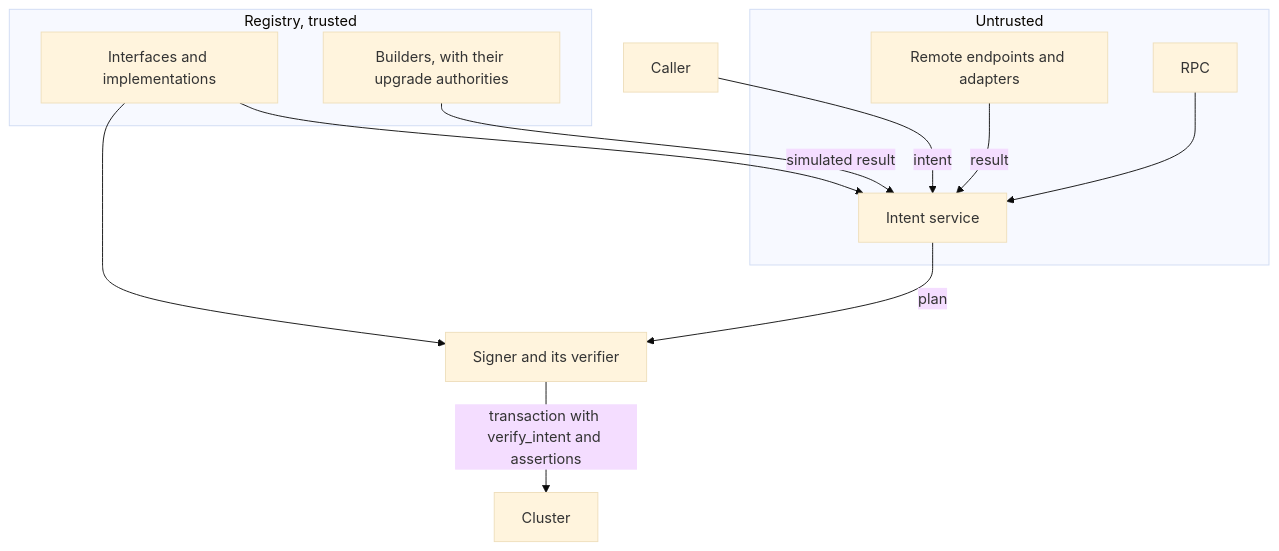
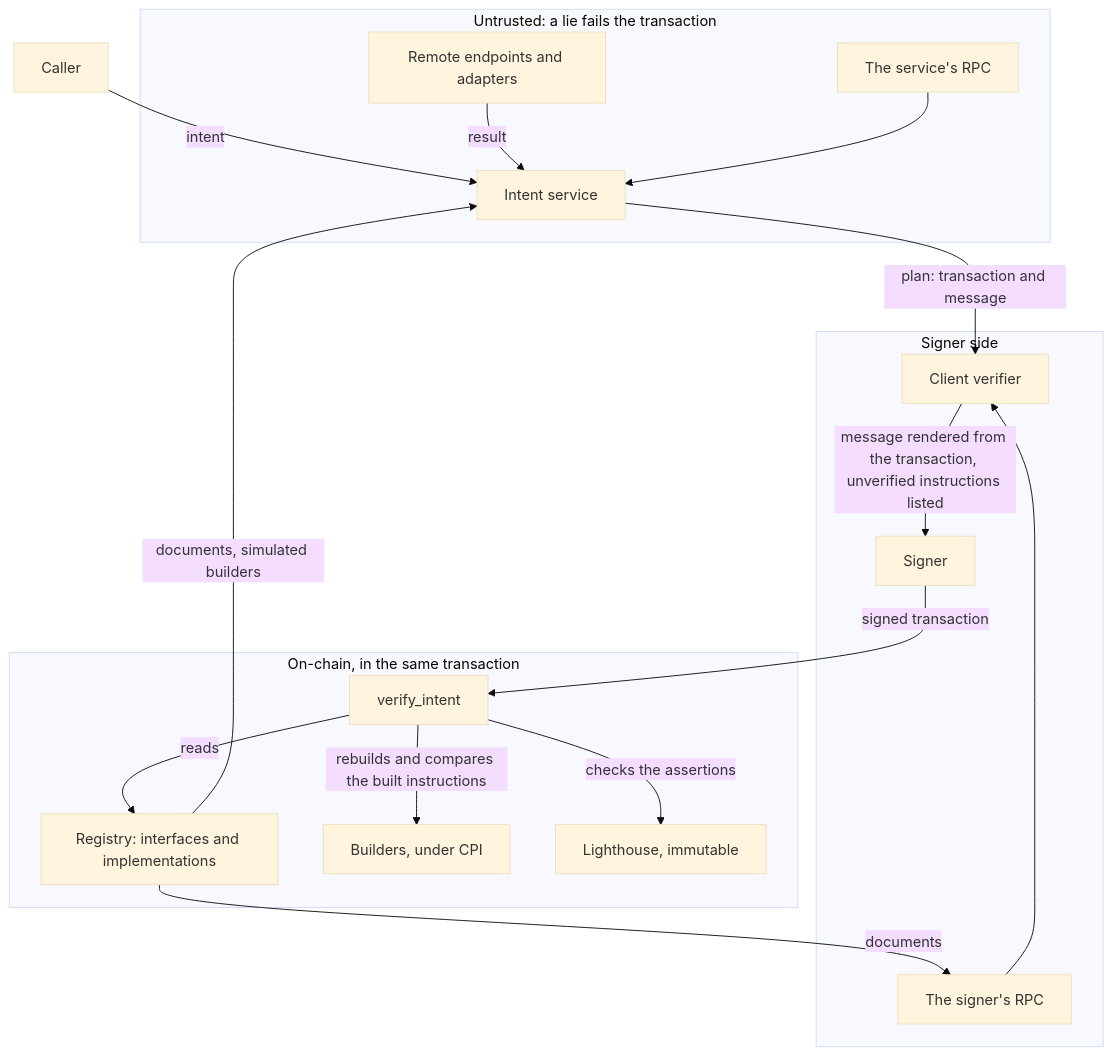
One commit to solana-foundation/solana-developer-platform changed the diagram in packages/sdp-intents/DESIGN.md. Above: the diagram before and after it, drawn with Mermaid (base theme). The commit also changed other lines of this file, not shown here.

Commit message:
docs(intents): show the client verifier in the trust diagram
The client verifier reads the registry over the signer's own RPC and
renders the message from the transaction, so the plan is never
trusted. The diagram now shows that check beside the on-chain one, and
the dependency table lists the signer's RPC.

````diff
--- a/packages/sdp-intents/DESIGN.md
+++ b/packages/sdp-intents/DESIGN.md
@@ -887,20 +887,31 @@
 ```mermaid
 flowchart TB
-  subgraph Trusted["Registry, trusted"]
-    DOC[Interfaces and implementations]
-    BLD[Builders, with their upgrade authorities]
-  end
-  subgraph Untrusted
+  subgraph Untrusted["Untrusted: a lie fails the transaction"]
     SVC[Intent service]
     REM[Remote endpoints and adapters]
-    RPC[RPC]
+    SRPC[The service's RPC]
+  end
+  subgraph Signer["Signer side"]
+    VER[Client verifier]
+    SIGN[Signer]
+    VRPC[The signer's RPC]
+  end
+  subgraph Chain["On-chain, in the same transaction"]
+    REG[Registry: interfaces and implementations]
+    VI[verify_intent]
+    BLD[Builders, under CPI]
+    LH[Lighthouse, immutable]
   end
   CALLER[Caller] -->|intent| SVC
-  DOC --> SVC
-  BLD -->|simulated result| SVC
   REM -->|result| SVC
-  RPC --> SVC
-  SVC -->|plan| SIGNER[Signer and its verifier]
-  DOC --> SIGNER
-  SIGNER -->|transaction with verify_intent and assertions| CHAIN[Cluster]
+  SRPC --> SVC
+  REG -->|documents, simulated builders| SVC
+  SVC -->|"plan: transaction and message"| VER
+  REG -->|documents| VRPC
+  VRPC --> VER
+  VER -->|"message rendered from the transaction, unverified instructions listed"| SIGN
+  SIGN -->|signed transaction| VI
+  VI -->|"rebuilds and compares the built instructions"| BLD
+  VI -->|reads| REG
+  VI -->|"checks the assertions"| LH
 ```
````
